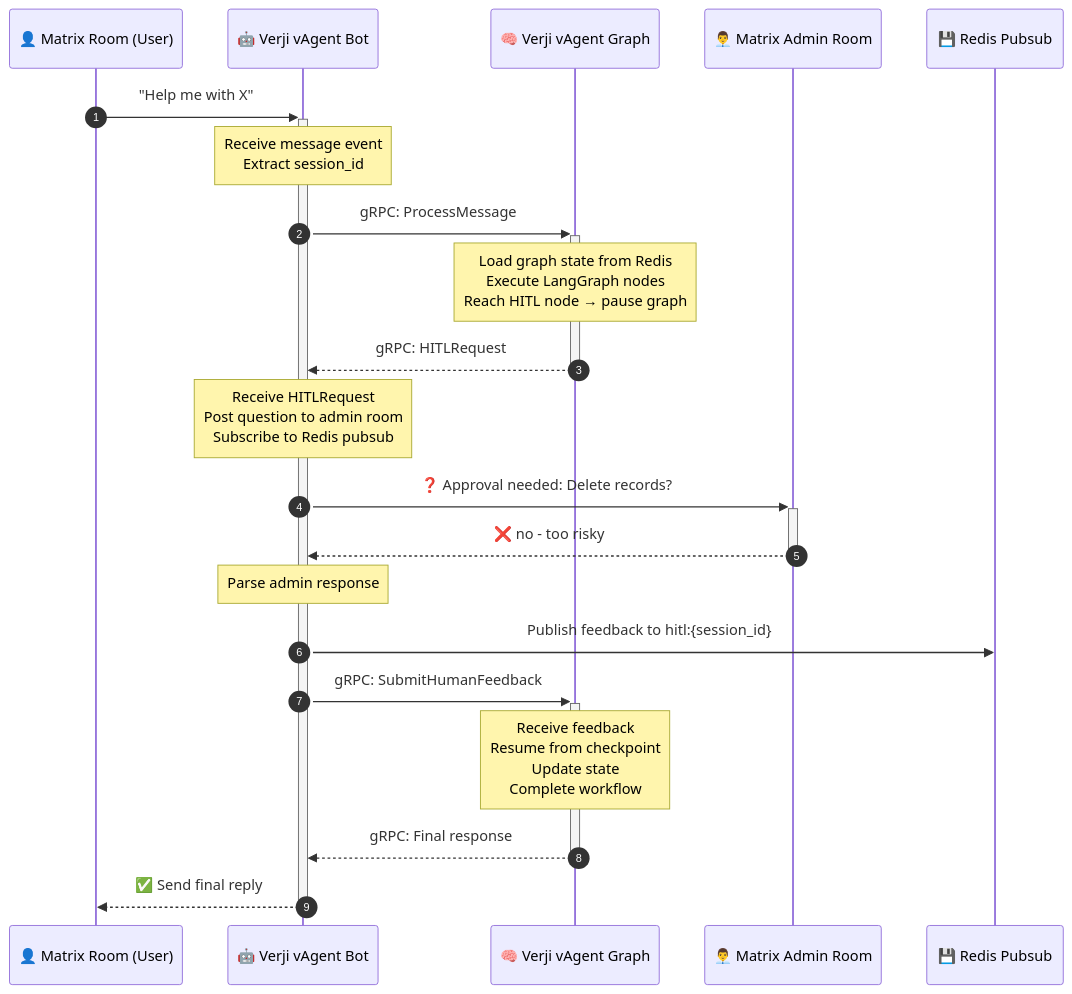
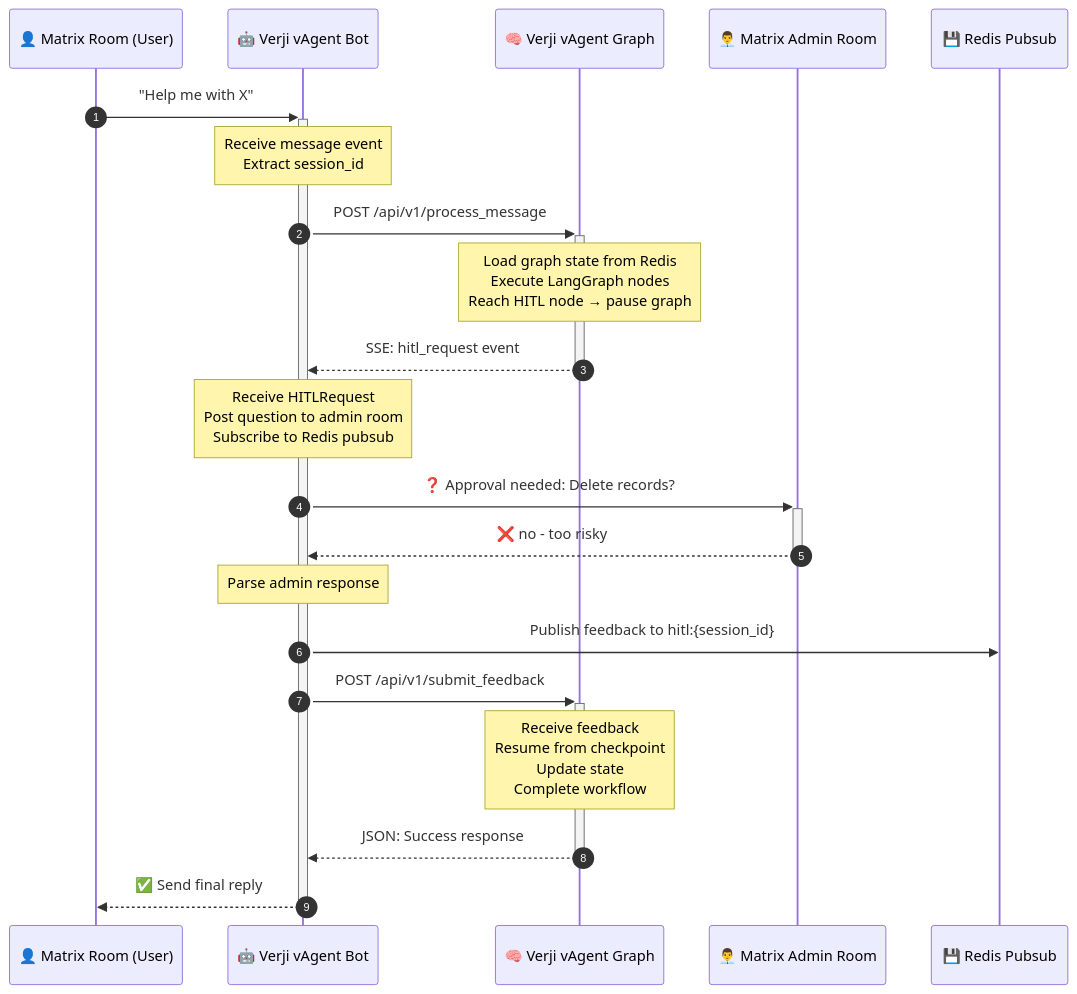
One commit to verji/verji-ai-agent changed the second of 3 diagrams in ARCHITECTURE.md. Above: the diagram before and after it, drawn with Mermaid. The commit also changed other lines of this file and 1 other file, not shown here.

First line of the commit message:
Switch from gRPC/Protobuf to HTTP/JSON for inter-service communication

````diff
--- a/ARCHITECTURE.md
+++ b/ARCHITECTURE.md
@@ -155,24 +226,24 @@
 ```mermaid
 sequenceDiagram
     autonumber
     participant User as 👤 Matrix Room (User)
     participant Bot as 🤖 Verji vAgent Bot
     participant Graph as 🧠 Verji vAgent Graph
     participant Admin as 👨‍💼 Matrix Admin Room
     participant Redis as 💾 Redis Pubsub
 
     User->>+Bot: "Help me with X"
     Note over Bot: Receive message event<br/>Extract session_id
-    Bot->>+Graph: gRPC: ProcessMessage
+    Bot->>+Graph: POST /api/v1/process_message
     Note over Graph: Load graph state from Redis<br/>Execute LangGraph nodes<br/>Reach HITL node → pause graph
-    Graph-->>-Bot: gRPC: HITLRequest
+    Graph-->>-Bot: SSE: hitl_request event
     Note over Bot: Receive HITLRequest<br/>Post question to admin room<br/>Subscribe to Redis pubsub
     Bot->>+Admin: ❓ Approval needed: Delete records?
     Admin-->>-Bot: ❌ no - too risky
     Note over Bot: Parse admin response
     Bot->>Redis: Publish feedback to hitl:{session_id}
-    Bot->>+Graph: gRPC: SubmitHumanFeedback
+    Bot->>+Graph: POST /api/v1/submit_feedback
     Note over Graph: Receive feedback<br/>Resume from checkpoint<br/>Update state<br/>Complete workflow
-    Graph-->>-Bot: gRPC: Final response
+    Graph-->>-Bot: JSON: Success response
     Bot-->>-User: ✅ Send final reply
 ```
````
